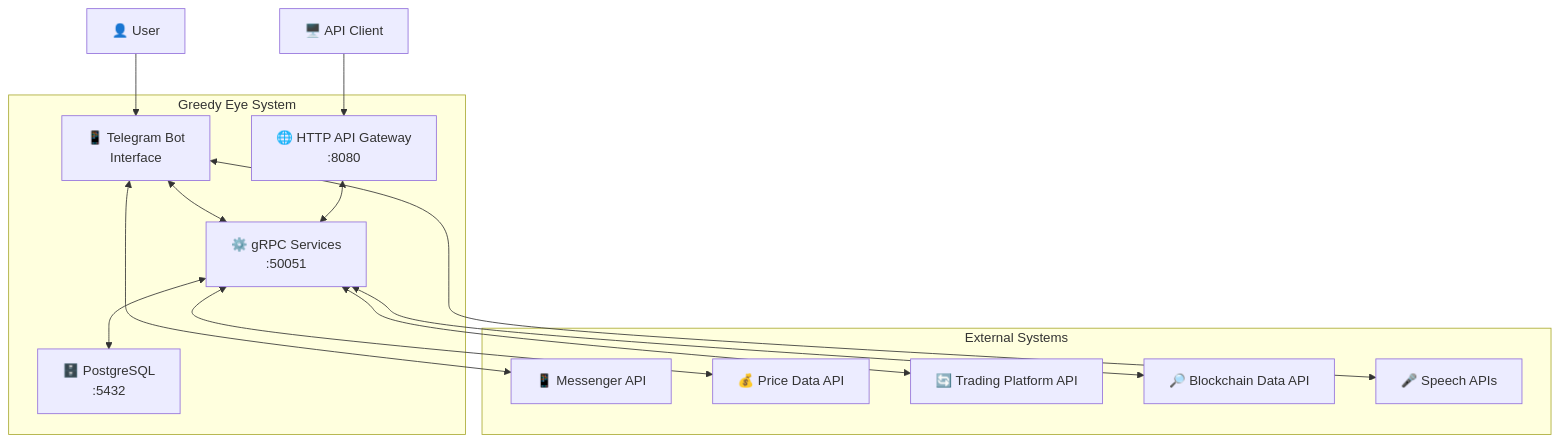
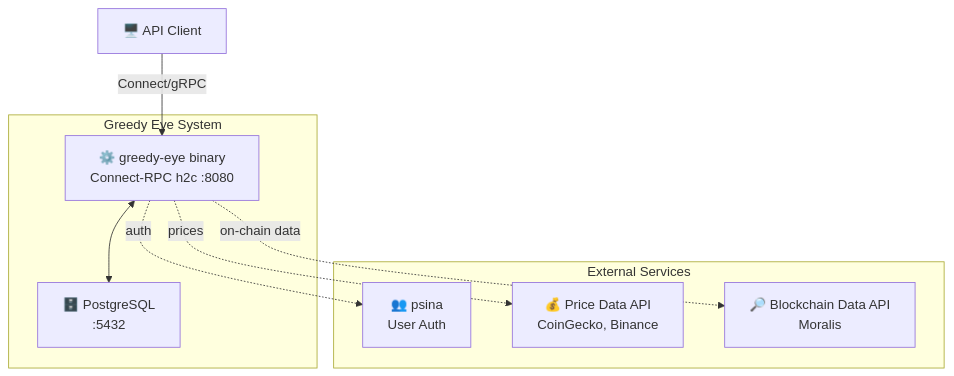
The second of 3 diagrams in docs/architecture.md (foxcool/greedy-eye), drawn with Mermaid before and after one commit. The commit also changed other lines of this file and 21 other files, not shown here.

````diff
--- a/docs/architecture.md
+++ b/docs/architecture.md
@@ -220,30 +225,19 @@
 ```mermaid
 graph TB
     subgraph "Greedy Eye System"
-        WebApp[📱 Telegram Bot<br/>Interface]
-        APIGateway[🌐 HTTP API Gateway<br/>:8080]
-        ServiceLayer[⚙️ gRPC Services<br/>:50051]
+        App[⚙️ greedy-eye binary<br/>Connect-RPC h2c :8080]
         Database[🗄️ PostgreSQL<br/>:5432]
     end
 
-    subgraph "External Systems"
-        MessengerAPI[📱 Messenger API]
-        PriceAPI[💰 Price Data API]
-        TradingAPI[🔄 Trading Platform API]
-        DataAPI[🔎 Blockchain Data API]
-        SpeechAPIs[🎤 Speech APIs]
+    subgraph "External Services"
+        Psina[👥 psina<br/>User Auth]
+        PriceAPI[💰 Price Data API<br/>CoinGecko, Binance]
+        BlockchainAPI[🔎 Blockchain Data API<br/>Moralis]
     end
 
-    User[👤 User] --> WebApp
-    APIClient[🖥️ API Client] --> APIGateway
-
-    WebApp <--> ServiceLayer
-    APIGateway <--> ServiceLayer
-    ServiceLayer <--> Database
-
-    WebApp <--> MessengerAPI
-    ServiceLayer <--> PriceAPI
-    ServiceLayer <--> TradingAPI
-    ServiceLayer <--> DataAPI
-    WebApp <--> SpeechAPIs
+    APIClient[🖥️ API Client] -->|Connect/gRPC| App
+    App <--> Database
+    App -.->|prices| PriceAPI
+    App -.->|on-chain data| BlockchainAPI
+    App -.->|auth| Psina
 ```
````
